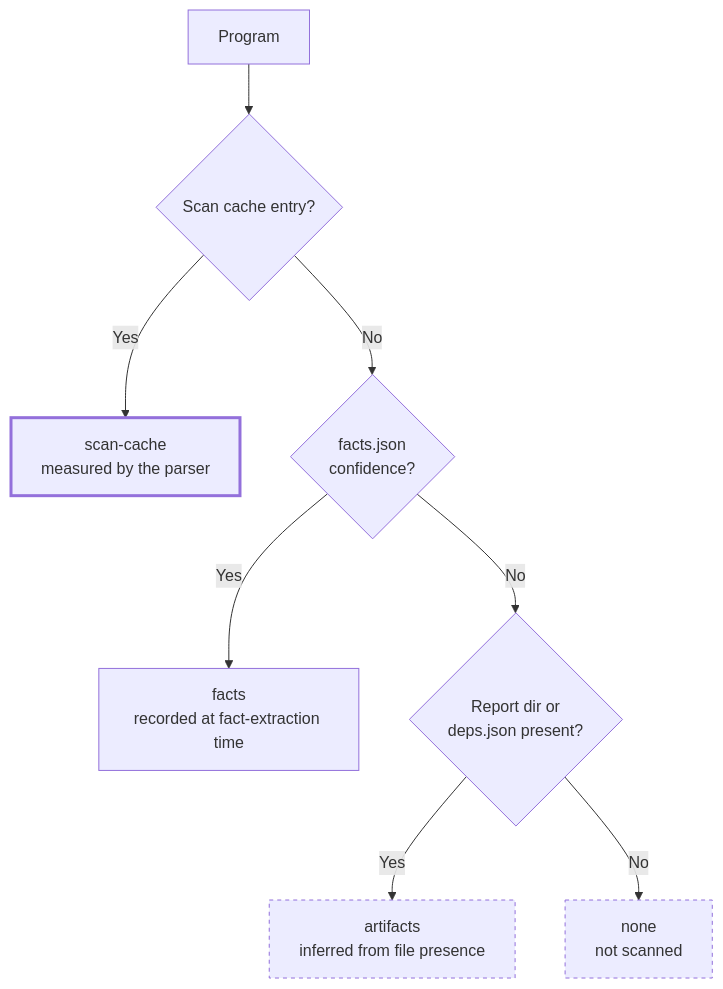
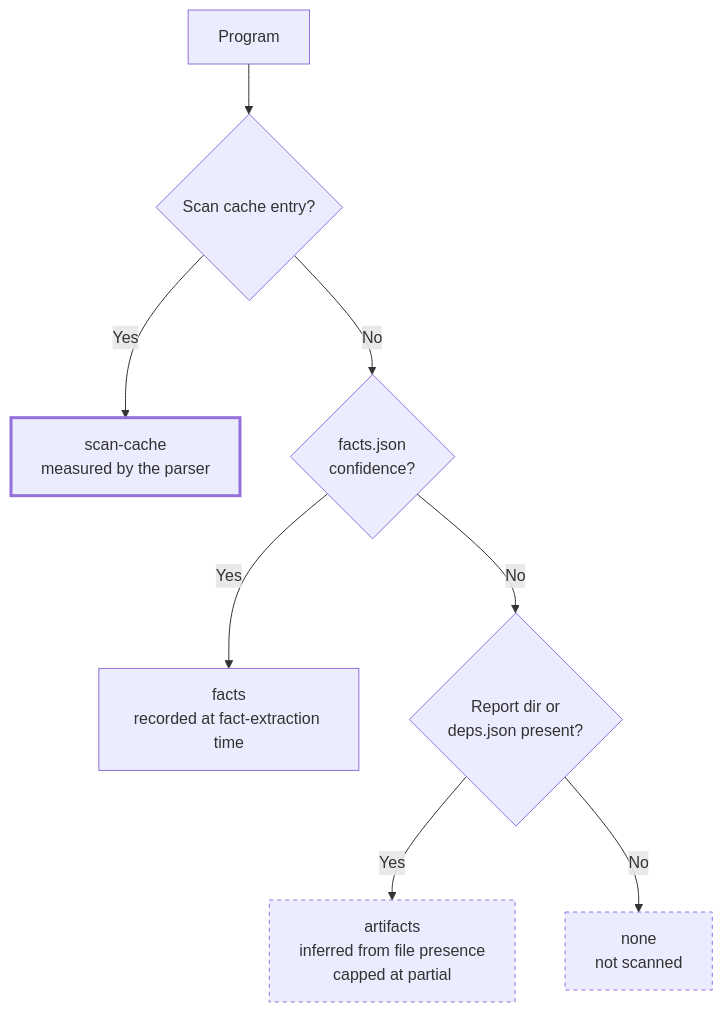
One commit to Azure-Samples/Legacy-Modernization-Agents changed the first of 3 diagrams in docs/dependency-health-and-flow-explorer.md. Above: the diagram before and after it, drawn with Mermaid. The commit also changed other lines of this file and 5 other files, not shown here.

````diff
--- a/docs/dependency-health-and-flow-explorer.md
+++ b/docs/dependency-health-and-flow-explorer.md
@@ -31,14 +31,14 @@
 ```mermaid
 flowchart TD
     A[Program] --> B{Scan cache entry?}
     B -->|Yes| C["scan-cache<br/>measured by the parser"]
     B -->|No| D{"facts.json<br/>confidence?"}
     D -->|Yes| E["facts<br/>recorded at fact-extraction time"]
     D -->|No| F{"Report dir or<br/>deps.json present?"}
-    F -->|Yes| G["artifacts<br/>inferred from file presence"]
+    F -->|Yes| G["artifacts<br/>inferred from file presence<br/>capped at partial"]
     F -->|No| H["none<br/>not scanned"]
 
     style C stroke-width:3px
     style G stroke-dasharray: 4 4
     style H stroke-dasharray: 4 4
 ```
````
